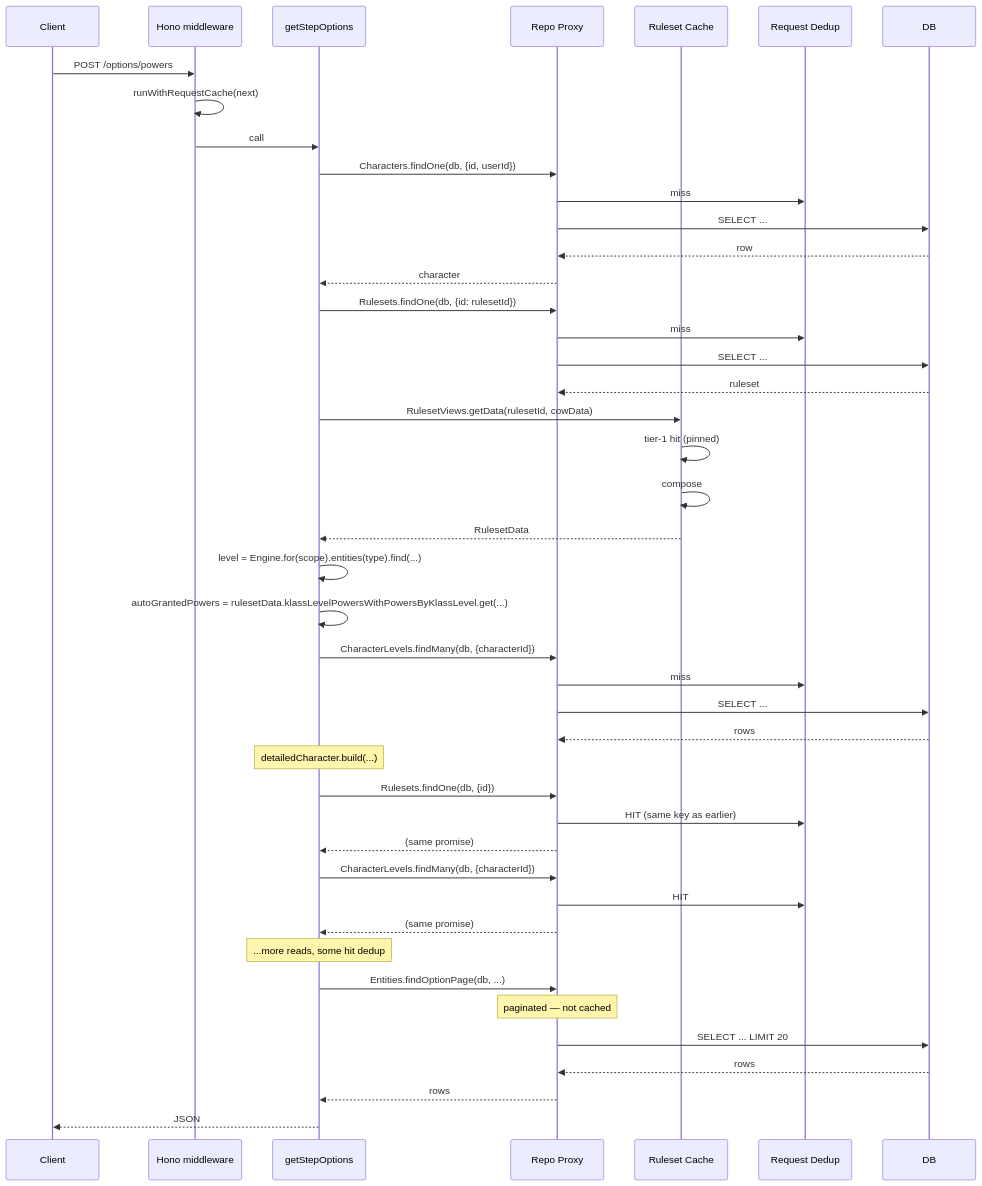
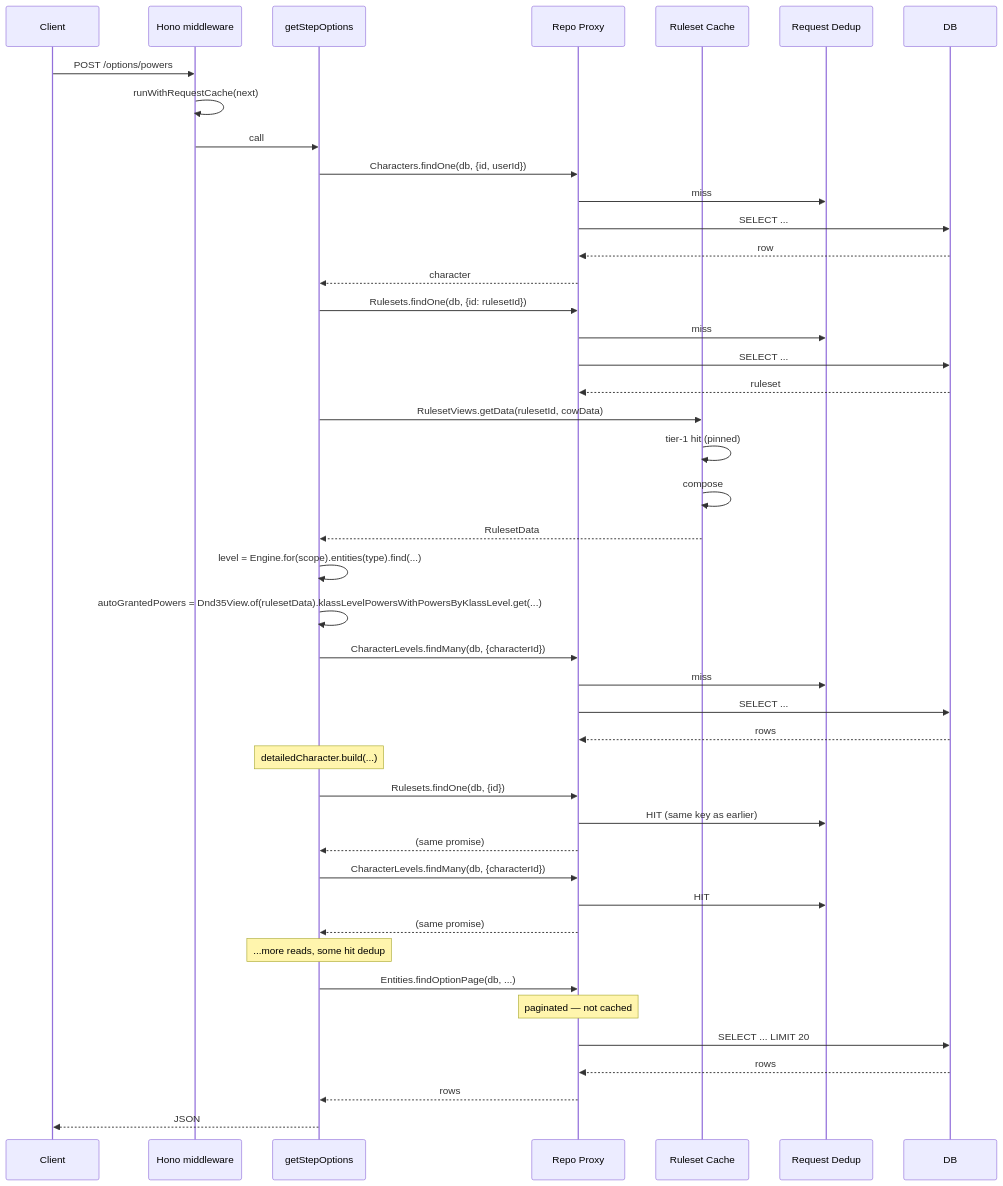
Before and after one commit to PhilippeChab/arkyvree: the seventh of 7 diagrams in docs/caching.md, drawn with Mermaid. The commit also changed other lines of this file and 44 other files, not shown here.

````diff
--- a/docs/caching.md
+++ b/docs/caching.md
@@ -391,55 +392,55 @@
 ```mermaid
 sequenceDiagram
     participant Client
     participant Middle as Hono middleware
     participant Svc as getStepOptions
     participant Repo as Repo Proxy
     participant RS as Ruleset Cache
     participant Dedup as Request Dedup
     participant DB
 
     Client->>Middle: POST /options/powers
     Middle->>Middle: runWithRequestCache(next)
     Middle->>Svc: call
     Svc->>Repo: Characters.findOne(db, {id, userId})
     Repo->>Dedup: miss
     Repo->>DB: SELECT ...
     DB-->>Repo: row
     Repo-->>Svc: character
 
     Svc->>Repo: Rulesets.findOne(db, {id: rulesetId})
     Repo->>Dedup: miss
     Repo->>DB: SELECT ...
     DB-->>Repo: ruleset
 
     Svc->>RS: RulesetViews.getData(rulesetId, cowData)
     RS->>RS: tier-1 hit (pinned)
     RS->>RS: compose
     RS-->>Svc: RulesetData
 
     Svc->>Svc: level = Engine.for(scope).entities(type).find(...)
-    Svc->>Svc: autoGrantedPowers = rulesetData.klassLevelPowersWithPowersByKlassLevel.get(...)
+    Svc->>Svc: autoGrantedPowers = Dnd35View.of(rulesetData).klassLevelPowersWithPowersByKlassLevel.get(...)
 
     Svc->>Repo: CharacterLevels.findMany(db, {characterId})
     Repo->>Dedup: miss
     Repo->>DB: SELECT ...
     DB-->>Repo: rows
 
     Note over Svc: detailedCharacter.build(...)
     Svc->>Repo: Rulesets.findOne(db, {id})
     Repo->>Dedup: HIT (same key as earlier)
     Repo-->>Svc: (same promise)
 
     Svc->>Repo: CharacterLevels.findMany(db, {characterId})
     Repo->>Dedup: HIT
     Repo-->>Svc: (same promise)
 
     Note over Svc: ...more reads, some hit dedup
 
     Svc->>Repo: Entities.findOptionPage(db, ...)
     Note over Repo: paginated — not cached
     Repo->>DB: SELECT ... LIMIT 20
     DB-->>Repo: rows
     Repo-->>Svc: rows
     Svc-->>Client: JSON
 ```
````
